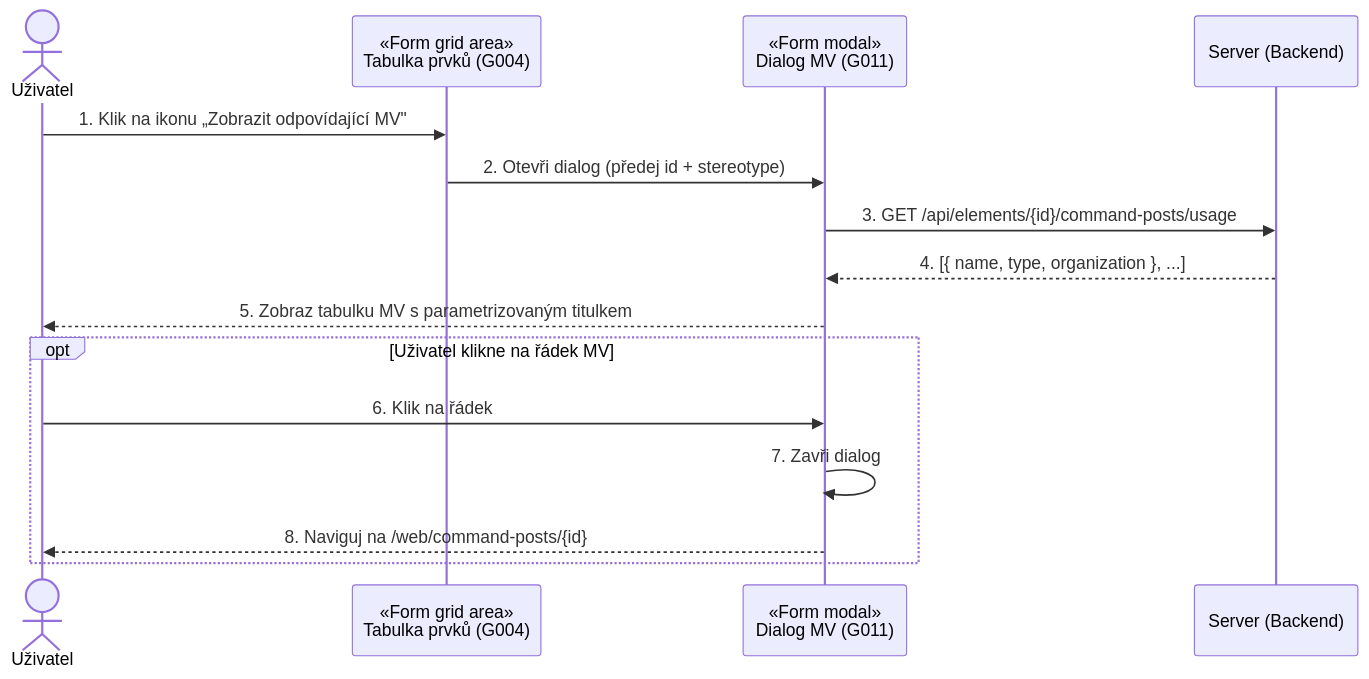
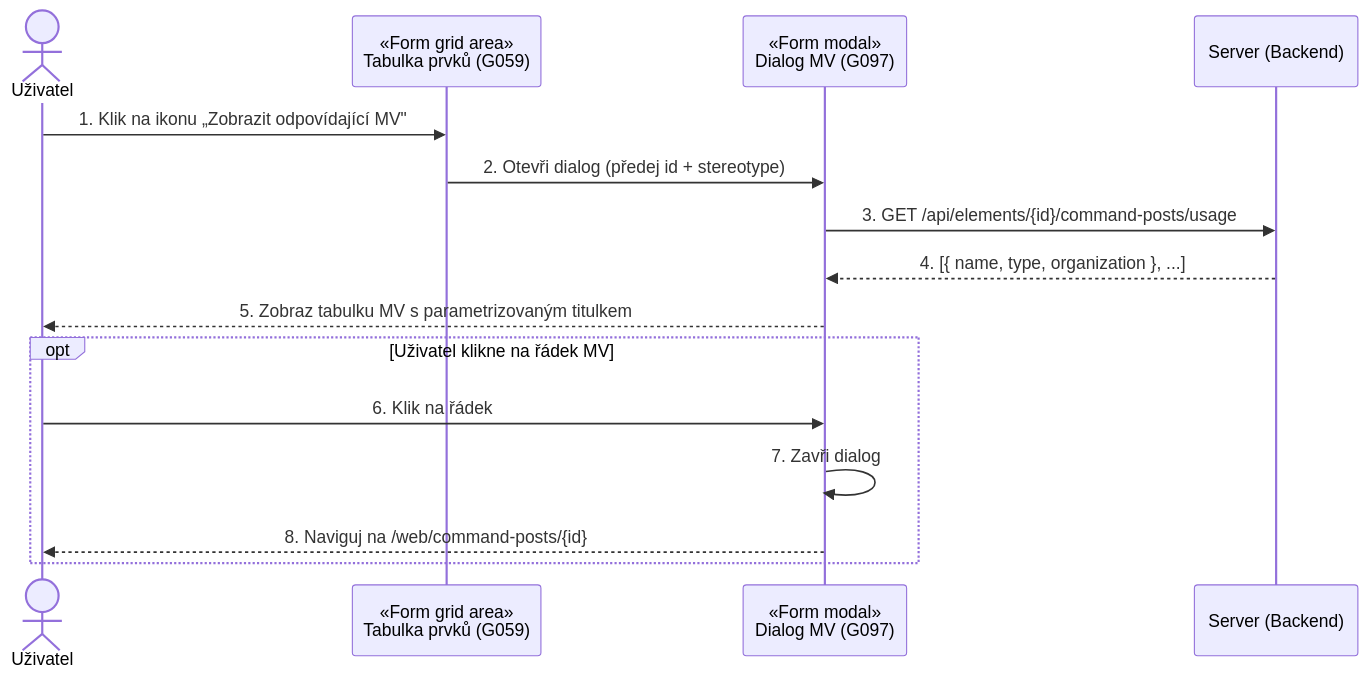
Before and after one commit to pvratny-droid/app.pvklok.eu: the third of 3 diagrams in c3hub/RQU010 - Číselníky pozadavku a omezeni/analyza-md/05_sekvencni_diagramy.md, drawn with Mermaid. The commit also changed other lines of this file and 197 other files, not shown here.

````diff
--- a/c3hub/RQU010 - Číselníky pozadavku a omezeni/analyza-md/05_sekvencni_diagramy.md
+++ b/c3hub/RQU010 - Číselníky pozadavku a omezeni/analyza-md/05_sekvencni_diagramy.md
@@ -108,19 +108,19 @@
 ```mermaid
 sequenceDiagram
     actor U as Uživatel
-    participant T as «Form grid area»<br/>Tabulka prvků (G004)
-    participant D as «Form modal»<br/>Dialog MV (G011)
+    participant T as «Form grid area»<br/>Tabulka prvků (G059)
+    participant D as «Form modal»<br/>Dialog MV (G097)
     participant S as Server (Backend)
 
     U->>T: 1. Klik na ikonu „Zobrazit odpovídající MV"
     T->>D: 2. Otevři dialog (předej id + stereotype)
     D->>S: 3. GET /api/elements/{id}/command-posts/usage
     S-->>D: 4. [{ name, type, organization }, ...]
     D-->>U: 5. Zobraz tabulku MV s parametrizovaným titulkem
 
     opt Uživatel klikne na řádek MV
         U->>D: 6. Klik na řádek
         D->>D: 7. Zavři dialog
         D-->>U: 8. Naviguj na /web/command-posts/{id}
     end
 ```
````
